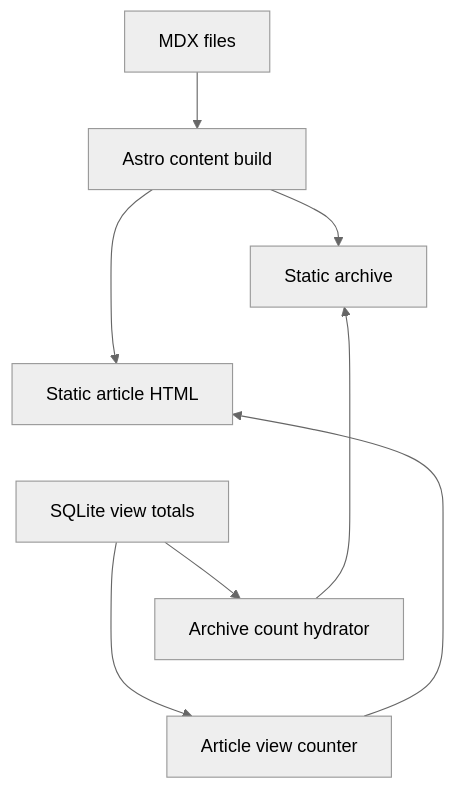
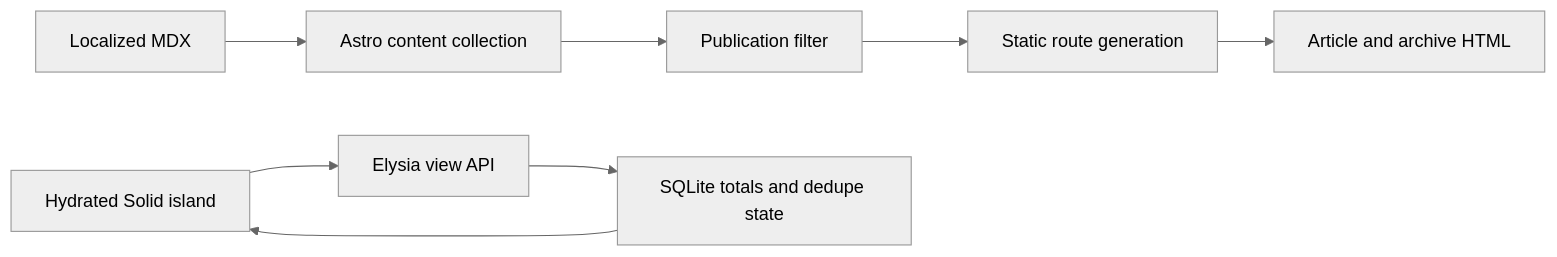
The diagram in web/content/blog/the-blog-layer-static-pages-live-view-counts.mdx (ErickCReis/ErickCReis), drawn with Mermaid (neutral theme) before and after one commit. The commit also changed other lines of this file and 33 other files, not shown here.

````diff
--- a/web/content/blog/the-blog-layer-static-pages-live-view-counts.mdx
+++ b/web/content/blog/the-blog-layer-static-pages-live-view-counts.mdx
@@ -14,13 +10,11 @@
 ```mermaid center
-flowchart TB
-  MDX["MDX files"] --> Build["Astro content build"]
-  Build --> Archive["Static archive"]
-  Build --> Article["Static article HTML"]
-  Archive ~~~ Article
-  SQLite["SQLite view totals"] --> ReadIsland["Archive count hydrator"]
-  SQLite --> CountIsland["Article view counter"]
-  Article ~~~ SQLite
-  ReadIsland ~~~ CountIsland
-  ReadIsland --> Archive
-  CountIsland --> Article
+flowchart LR
+  MDX["Localized MDX"] --> Collection["Astro content collection"]
+  Collection --> Filter["Publication filter"]
+  Filter --> Paths["Static route generation"]
+  Paths --> HTML["Article and archive HTML"]
+
+  Browser["Hydrated Solid island"] --> API["Elysia view API"]
+  API --> SQLite["SQLite totals and dedupe state"]
+  SQLite --> Browser
 ```
````
